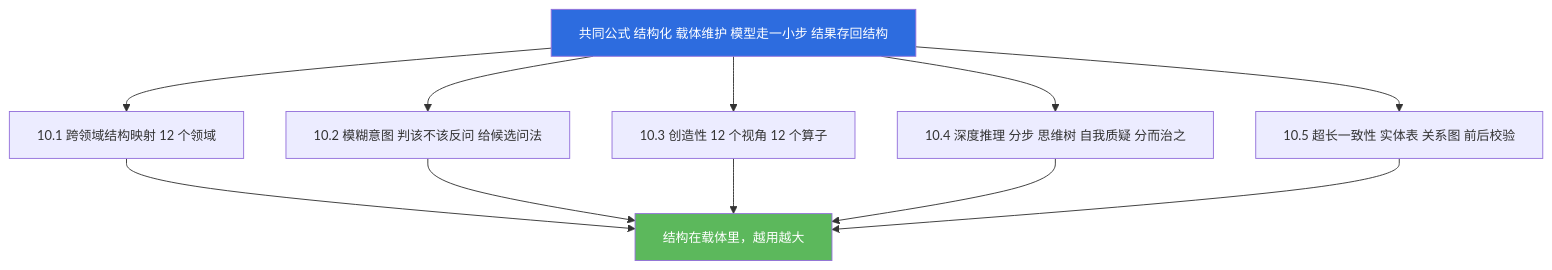
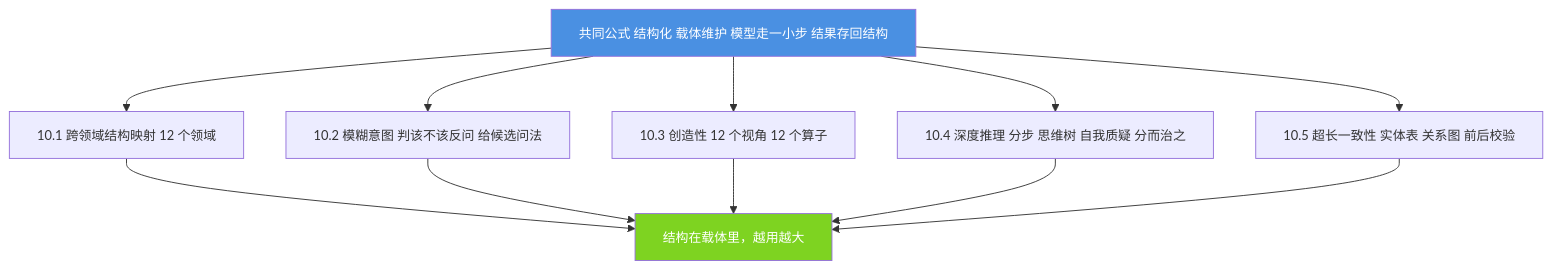
Before and after one commit to jiangchuangege/xiaojiao-harnees: the first of 3 diagrams in docs/modules/10-boost.md, drawn with Mermaid. The commit also changed other lines of this file and 32 other files, not shown here.

Commit message:
统一：全仓原理图配色到一套调色板 + 给 12 张灰图补色 + 修正自己会睡那张过期图

````diff
--- a/docs/modules/10-boost.md
+++ b/docs/modules/10-boost.md
@@ -63,18 +63,18 @@
 ```mermaid
 %%{init: {"themeVariables": {"fontSize": "14px"}, "flowchart": {"htmlLabels": true, "wrappingWidth": 340, "nodeSpacing": 46, "rankSpacing": 60, "useMaxWidth": true}}}%%
 flowchart TB
     G["共同公式 结构化 载体维护 模型走一小步 结果存回结构"]
     G --> D1["10.1 跨领域结构映射 12 个领域"]
     G --> D2["10.2 模糊意图 判该不该反问 给候选问法"]
     G --> D3["10.3 创造性 12 个视角 12 个算子"]
     G --> D4["10.4 深度推理 分步 思维树 自我质疑 分而治之"]
     G --> D5["10.5 超长一致性 实体表 关系图 前后校验"]
     D1 --> RES["结构在载体里，越用越大"]
     D2 --> RES
     D3 --> RES
     D4 --> RES
     D5 --> RES
 
-    style G fill:#2d6cdf,color:#fff
-    style RES fill:#5cb85c,color:#fff
+    style G fill:#4A90E2,color:#fff
+    style RES fill:#7ED321,color:#fff
 ```
````
